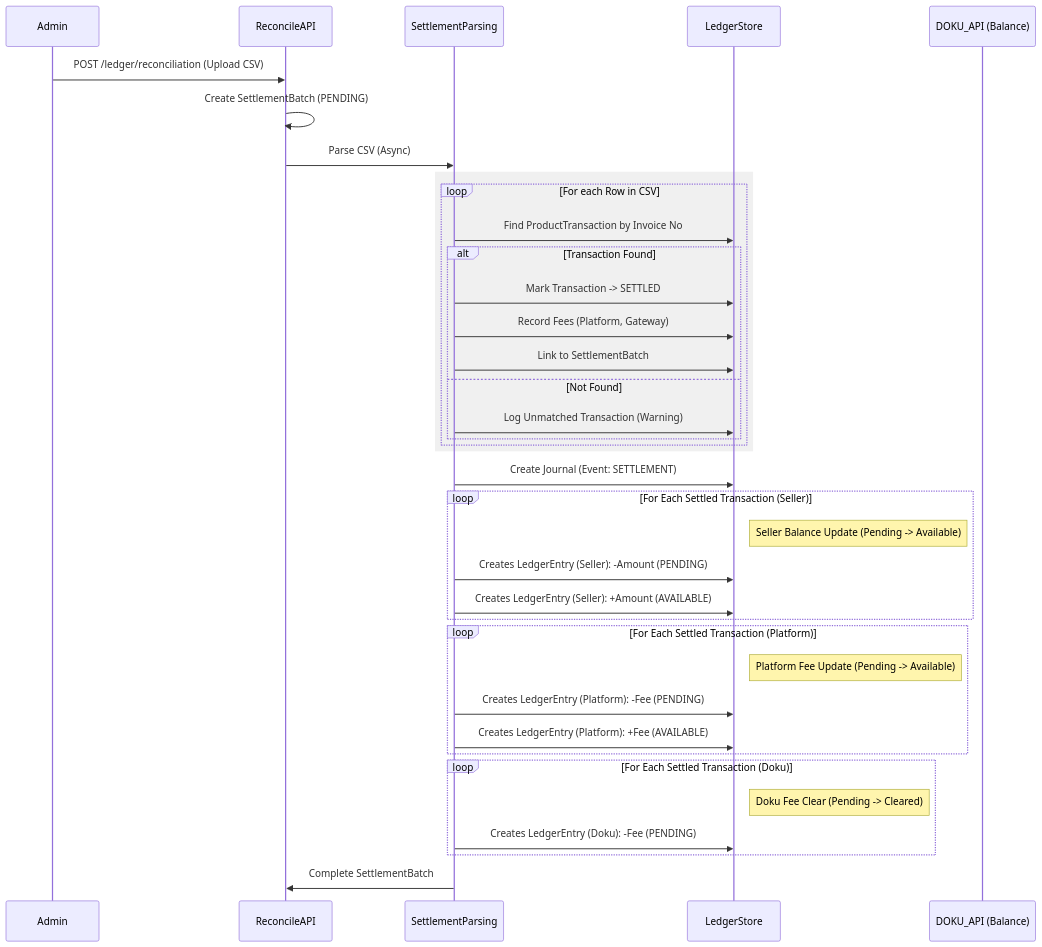
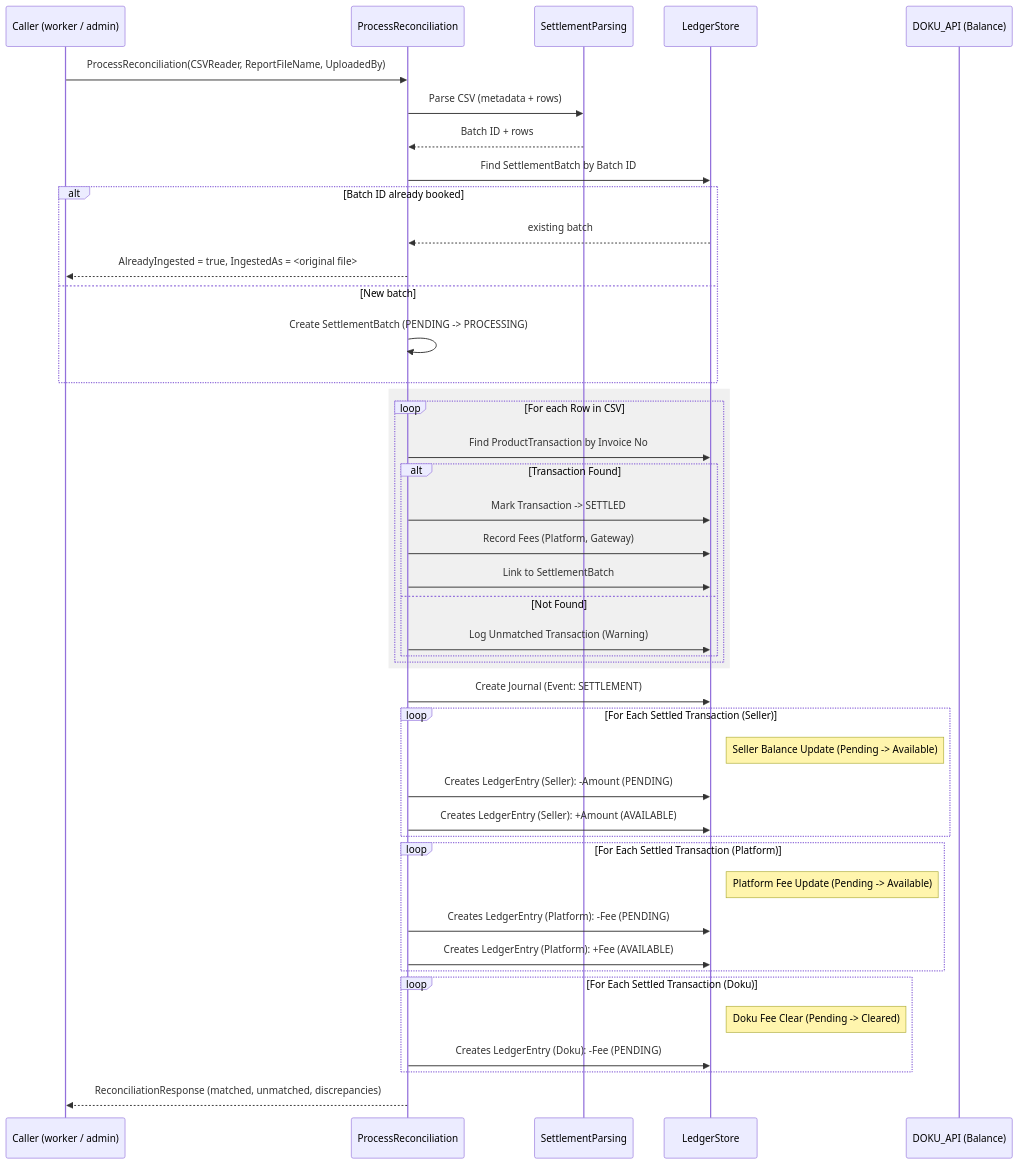
The diagram in docs/102-settlement-reconciliation.md (21strive/ledger), drawn with Mermaid before and after one commit. The commit also changed other lines of this file and 7 other files, not shown here.

````diff
--- a/docs/102-settlement-reconciliation.md
+++ b/docs/102-settlement-reconciliation.md
@@ -5,49 +43,58 @@
 ```mermaid
 sequenceDiagram
-    participant Admin
-    participant ReconcileAPI
+    participant Caller as Caller (worker / admin)
+    participant Reconcile as ProcessReconciliation
     participant SettlementParsing
     participant LedgerStore
     participant DOKU_API (Balance)
 
-    %% Step 1: Admin Upload
-    Admin->>ReconcileAPI: POST /ledger/reconciliation (Upload CSV)
-    ReconcileAPI->>ReconcileAPI: Create SettlementBatch (PENDING)
-    ReconcileAPI->>SettlementParsing: Parse CSV (Async)
+    %% Step 1: Intake
+    Caller->>Reconcile: ProcessReconciliation(CSVReader, ReportFileName, UploadedBy)
+    Reconcile->>SettlementParsing: Parse CSV (metadata + rows)
+    SettlementParsing-->>Reconcile: Batch ID + rows
+
+    %% Step 1b: Idempotency guard - before any write
+    Reconcile->>LedgerStore: Find SettlementBatch by Batch ID
+    alt Batch ID already booked
+        LedgerStore-->>Reconcile: existing batch
+        Reconcile-->>Caller: AlreadyIngested = true, IngestedAs = <original file>
+    else New batch
+        Reconcile->>Reconcile: Create SettlementBatch (PENDING -> PROCESSING)
+    end
 
     %% Step 2: Processing Transactions
     rect rgb(240, 240, 240)
     loop For each Row in CSV
-        SettlementParsing->>LedgerStore: Find ProductTransaction by Invoice No
+        Reconcile->>LedgerStore: Find ProductTransaction by Invoice No
         alt Transaction Found
-            SettlementParsing->>LedgerStore: Mark Transaction -> SETTLED
-            SettlementParsing->>LedgerStore: Record Fees (Platform, Gateway)
-            SettlementParsing->>LedgerStore: Link to SettlementBatch
+            Reconcile->>LedgerStore: Mark Transaction -> SETTLED
+            Reconcile->>LedgerStore: Record Fees (Platform, Gateway)
+            Reconcile->>LedgerStore: Link to SettlementBatch
         else Not Found
-            SettlementParsing->>LedgerStore: Log Unmatched Transaction (Warning)
+            Reconcile->>LedgerStore: Log Unmatched Transaction (Warning)
         end
     end
     end
 
     %% Step 3: Balance Calculation & Update
-    SettlementParsing->>LedgerStore: Create Journal (Event: SETTLEMENT)
+    Reconcile->>LedgerStore: Create Journal (Event: SETTLEMENT)
 
     loop For Each Settled Transaction (Seller)
         Note right of LedgerStore: Seller Balance Update (Pending -> Available)
-        SettlementParsing->>LedgerStore: Creates LedgerEntry (Seller): -Amount (PENDING)
-        SettlementParsing->>LedgerStore: Creates LedgerEntry (Seller): +Amount (AVAILABLE)
+        Reconcile->>LedgerStore: Creates LedgerEntry (Seller): -Amount (PENDING)
+        Reconcile->>LedgerStore: Creates LedgerEntry (Seller): +Amount (AVAILABLE)
     end
 
     loop For Each Settled Transaction (Platform)
         Note right of LedgerStore: Platform Fee Update (Pending -> Available)
-        SettlementParsing->>LedgerStore: Creates LedgerEntry (Platform): -Fee (PENDING)
-        SettlementParsing->>LedgerStore: Creates LedgerEntry (Platform): +Fee (AVAILABLE)
+        Reconcile->>LedgerStore: Creates LedgerEntry (Platform): -Fee (PENDING)
+        Reconcile->>LedgerStore: Creates LedgerEntry (Platform): +Fee (AVAILABLE)
     end
 
     loop For Each Settled Transaction (Doku)
         Note right of LedgerStore: Doku Fee Clear (Pending -> Cleared)
-        SettlementParsing->>LedgerStore: Creates LedgerEntry (Doku): -Fee (PENDING)
+        Reconcile->>LedgerStore: Creates LedgerEntry (Doku): -Fee (PENDING)
     end
 
-    SettlementParsing->>ReconcileAPI: Complete SettlementBatch
+    Reconcile-->>Caller: ReconciliationResponse (matched, unmatched, discrepancies)
 ```
````
